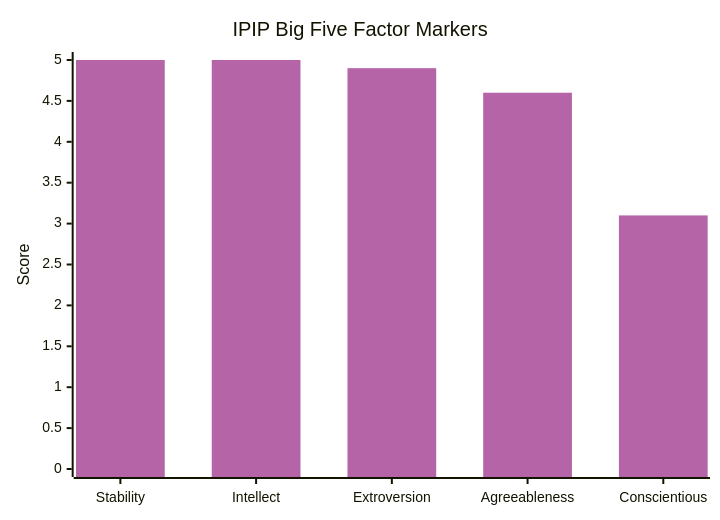
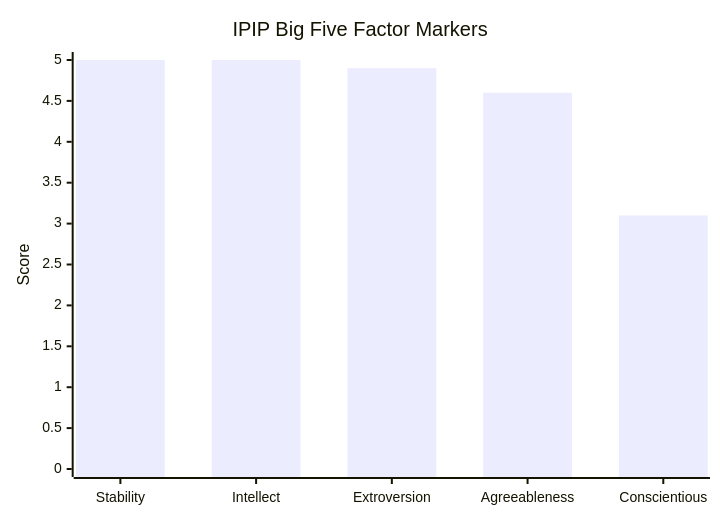
Before and after one commit to hellotham/spotlite: the second of 4 diagrams in src/content/page/superpowers.md, drawn with Mermaid. The commit also changed 9 other files, not shown here.

First line of the commit message:
Give Mermaid a Rosely light and dark theme; drop the author photos

````diff
--- a/src/content/page/superpowers.md
+++ b/src/content/page/superpowers.md
@@ -93,8 +93,7 @@
 ```mermaid
-%%{init: {"themeVariables": {"xyChart": {"plotColorPalette": "#b565a7"}}}}%%
 xychart-beta
     title "IPIP Big Five Factor Markers"
     x-axis ["Stability", "Intellect", "Extroversion", "Agreeableness", "Conscientious"]
     y-axis "Score" 0 --> 5
     bar [5, 5, 4.9, 4.6, 3.1]
 ```
````
